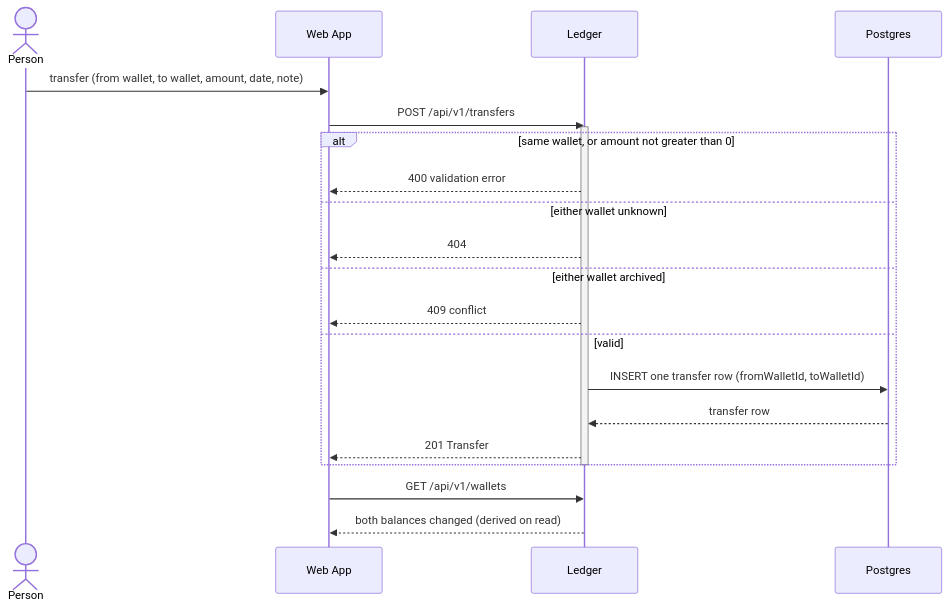
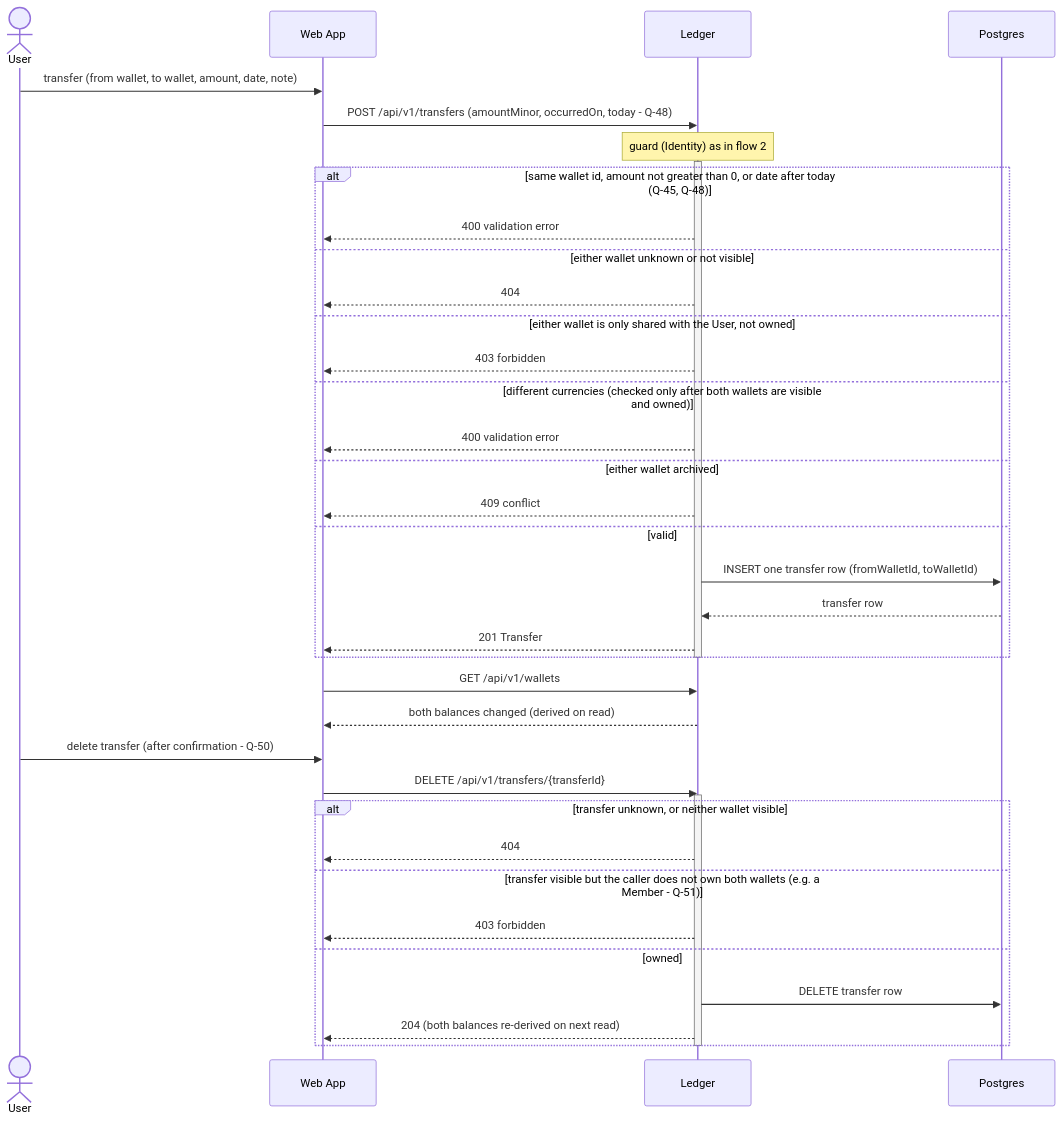
The sixth of 6 diagrams in docs/sequence.md (Thammasok/money-management), drawn with Mermaid before and after one commit. The commit also changed other lines of this file and 6 other files, not shown here.

````diff
--- a/docs/sequence.md
+++ b/docs/sequence.md
@@ -102,25 +313,43 @@
 ```mermaid
 sequenceDiagram
-    actor P as Person
+    actor U as User
     participant W as Web App
     participant L as Ledger
     participant DB as Postgres
 
-    P->>W: transfer (from wallet, to wallet, amount, date, note)
-    W->>L: POST /api/v1/transfers
+    U->>W: transfer (from wallet, to wallet, amount, date, note)
+    W->>L: POST /api/v1/transfers (amountMinor, occurredOn, today - Q-48)
+    Note over L: guard (Identity) as in flow 2
     activate L
-    alt same wallet, or amount not greater than 0
+    alt same wallet id, amount not greater than 0, or date after today (Q-45, Q-48)
         L-->>W: 400 validation error
-    else either wallet unknown
+    else either wallet unknown or not visible
         L-->>W: 404
+    else either wallet is only shared with the User, not owned
+        L-->>W: 403 forbidden
+    else different currencies (checked only after both wallets are visible and owned)
+        L-->>W: 400 validation error
     else either wallet archived
         L-->>W: 409 conflict
     else valid
         L->>DB: INSERT one transfer row (fromWalletId, toWalletId)
         DB-->>L: transfer row
         L-->>W: 201 Transfer
     end
     deactivate L
     W->>L: GET /api/v1/wallets
     L-->>W: both balances changed (derived on read)
+
+    U->>W: delete transfer (after confirmation - Q-50)
+    W->>L: DELETE /api/v1/transfers/{transferId}
+    activate L
+    alt transfer unknown, or neither wallet visible
+        L-->>W: 404
+    else transfer visible but the caller does not own both wallets (e.g. a Member - Q-51)
+        L-->>W: 403 forbidden
+    else owned
+        L->>DB: DELETE transfer row
+        L-->>W: 204 (both balances re-derived on next read)
+    end
+    deactivate L
 ```
````
